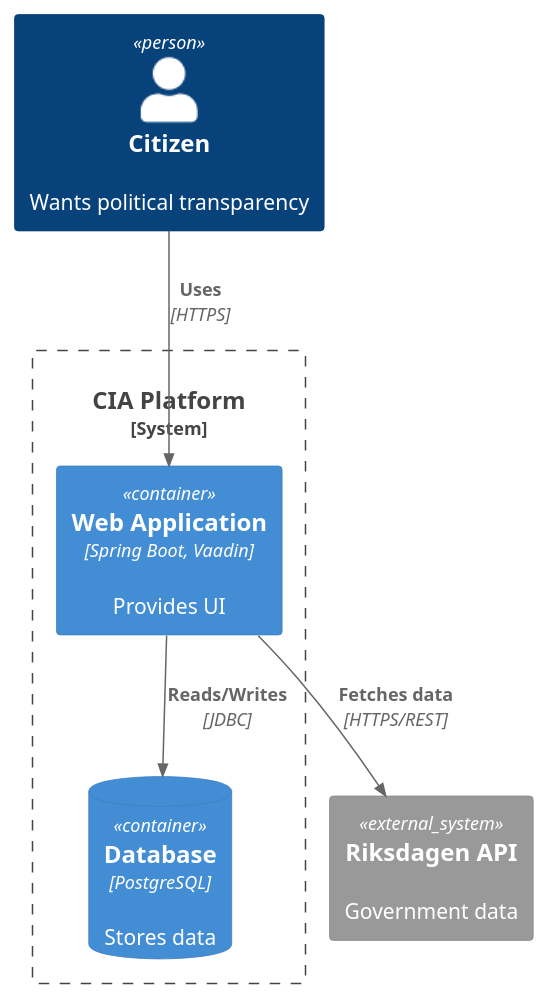
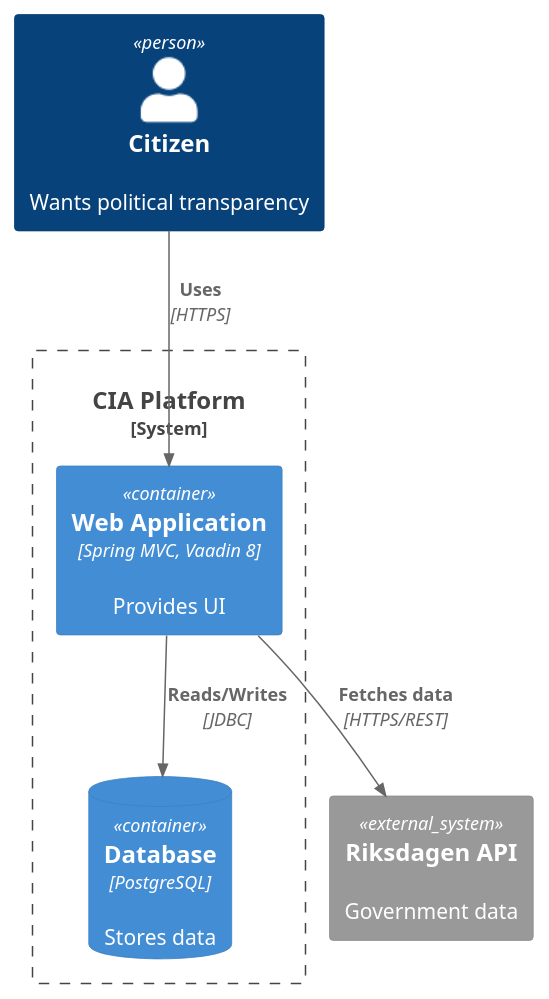
The diagram in .github/skills/c4-architecture-documentation/SKILL.md (Hack23/cia), drawn with PlantUML before and after one commit. The commit also changed 10 other files, not shown here.

Commit message:
fix: Remove all remaining Spring Boot references and align with Spring Framework stack

````diff
--- a/.github/skills/c4-architecture-documentation/SKILL.md
+++ b/.github/skills/c4-architecture-documentation/SKILL.md
@@ -53,16 +53,16 @@
 ```plantuml
 @startuml
 !include https://raw.githubusercontent.com/plantuml-stdlib/C4-PlantUML/master/C4_Container.puml
 
 Person(user, "Citizen", "Wants political transparency")
 System_Boundary(cia, "CIA Platform") {
-    Container(web, "Web Application", "Spring Boot, Vaadin", "Provides UI")
+    Container(web, "Web Application", "Spring MVC, Vaadin 8", "Provides UI")
     ContainerDb(db, "Database", "PostgreSQL", "Stores data")
 }
 System_Ext(riksdagen, "Riksdagen API", "Government data")
 
 Rel(user, web, "Uses", "HTTPS")
 Rel(web, db, "Reads/Writes", "JDBC")
 Rel(web, riksdagen, "Fetches data", "HTTPS/REST")
 @enduml
 ```
````
